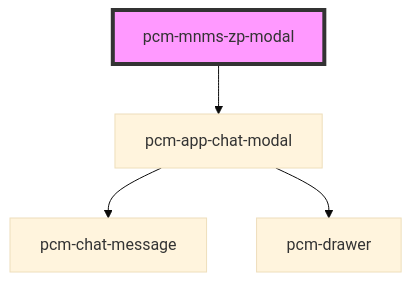
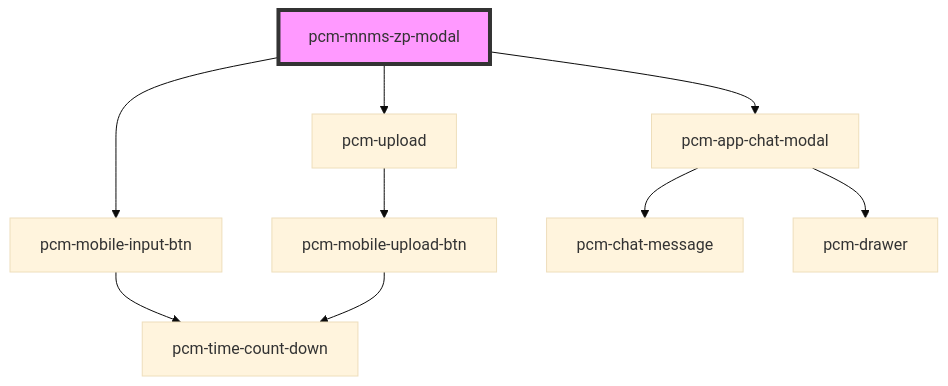
Before and after one commit to Pincaimao/pcm-agents-sdk: the diagram in packages/pcm-agents/docs/components/pcm-mnms-zp-modal/readme.md, drawn with Mermaid (base theme). The commit also changed other lines of this file and 3 other files, not shown here.

````diff
--- a/packages/pcm-agents/docs/components/pcm-mnms-zp-modal/readme.md
+++ b/packages/pcm-agents/docs/components/pcm-mnms-zp-modal/readme.md
@@ -52,7 +56,12 @@
 ```mermaid
 graph TD;
+  pcm-mnms-zp-modal --> pcm-mobile-input-btn
+  pcm-mnms-zp-modal --> pcm-upload
   pcm-mnms-zp-modal --> pcm-app-chat-modal
+  pcm-mobile-input-btn --> pcm-time-count-down
+  pcm-upload --> pcm-mobile-upload-btn
+  pcm-mobile-upload-btn --> pcm-time-count-down
   pcm-app-chat-modal --> pcm-chat-message
   pcm-app-chat-modal --> pcm-drawer
   style pcm-mnms-zp-modal fill:#f9f,stroke:#333,stroke-width:4px
 ```
````
